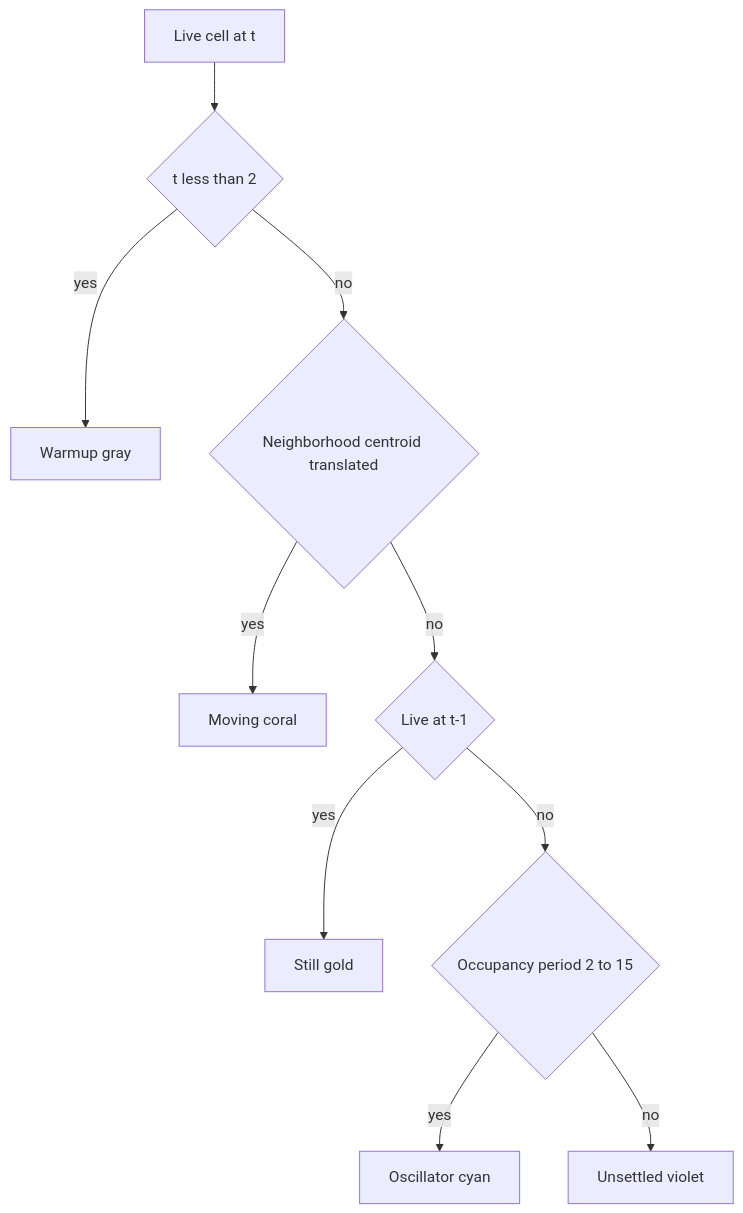
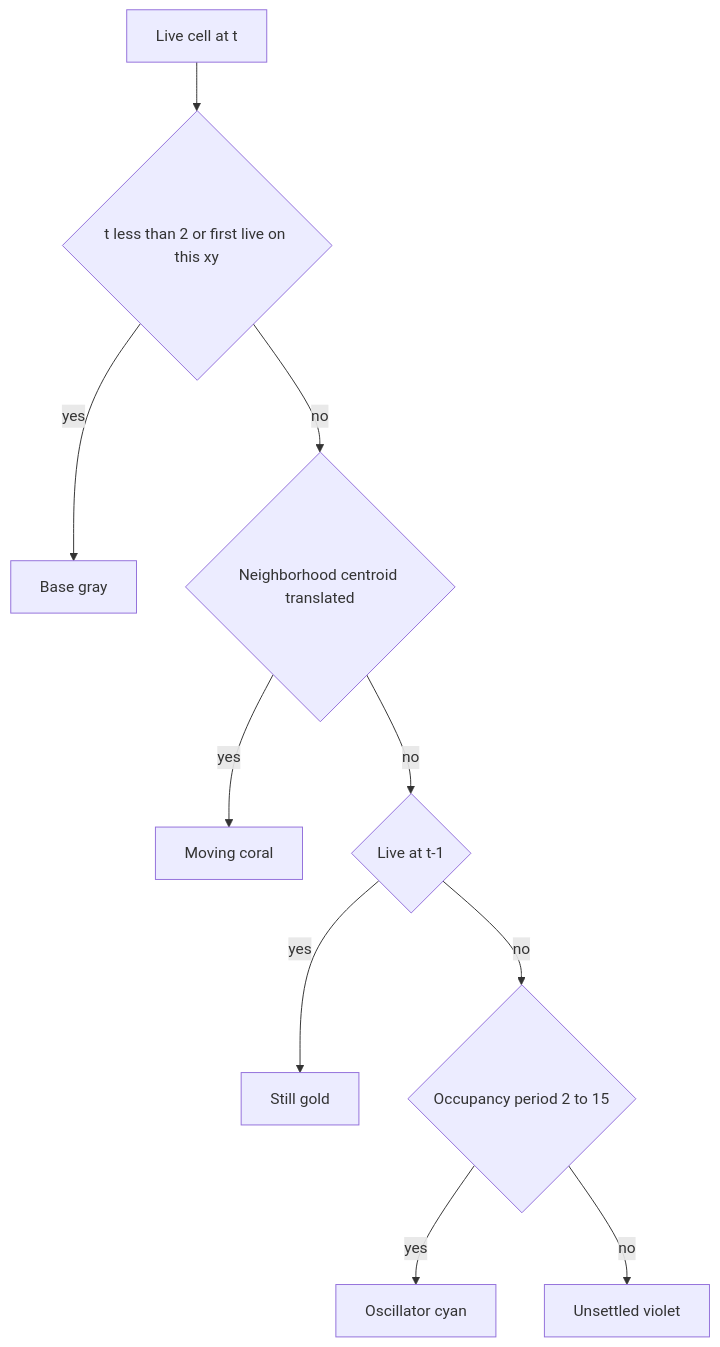
One commit to PiMaV/DONNER changed diagram 11 of 11 in docs/gui.md. Above: the diagram before and after it, drawn with Mermaid. The commit also changed other lines of this file and 33 other files, not shown here.

````diff
--- a/docs/gui.md
+++ b/docs/gui.md
@@ -391,13 +408,13 @@
 ```mermaid
 flowchart TD
   live[Live cell at t]
-  live --> wu{t less than 2}
-  wu -->|yes| warmup[Warmup gray]
+  live --> wu{t less than 2 or first live on this xy}
+  wu -->|yes| base[Base gray]
   wu -->|no| mot{Neighborhood centroid translated}
   mot -->|yes| moving[Moving coral]
   mot -->|no| prev{Live at t-1}
   prev -->|yes| still[Still gold]
   prev -->|no| per{Occupancy period 2 to 15}
   per -->|yes| osc[Oscillator cyan]
   per -->|no| unset[Unsettled violet]
 ```
````
